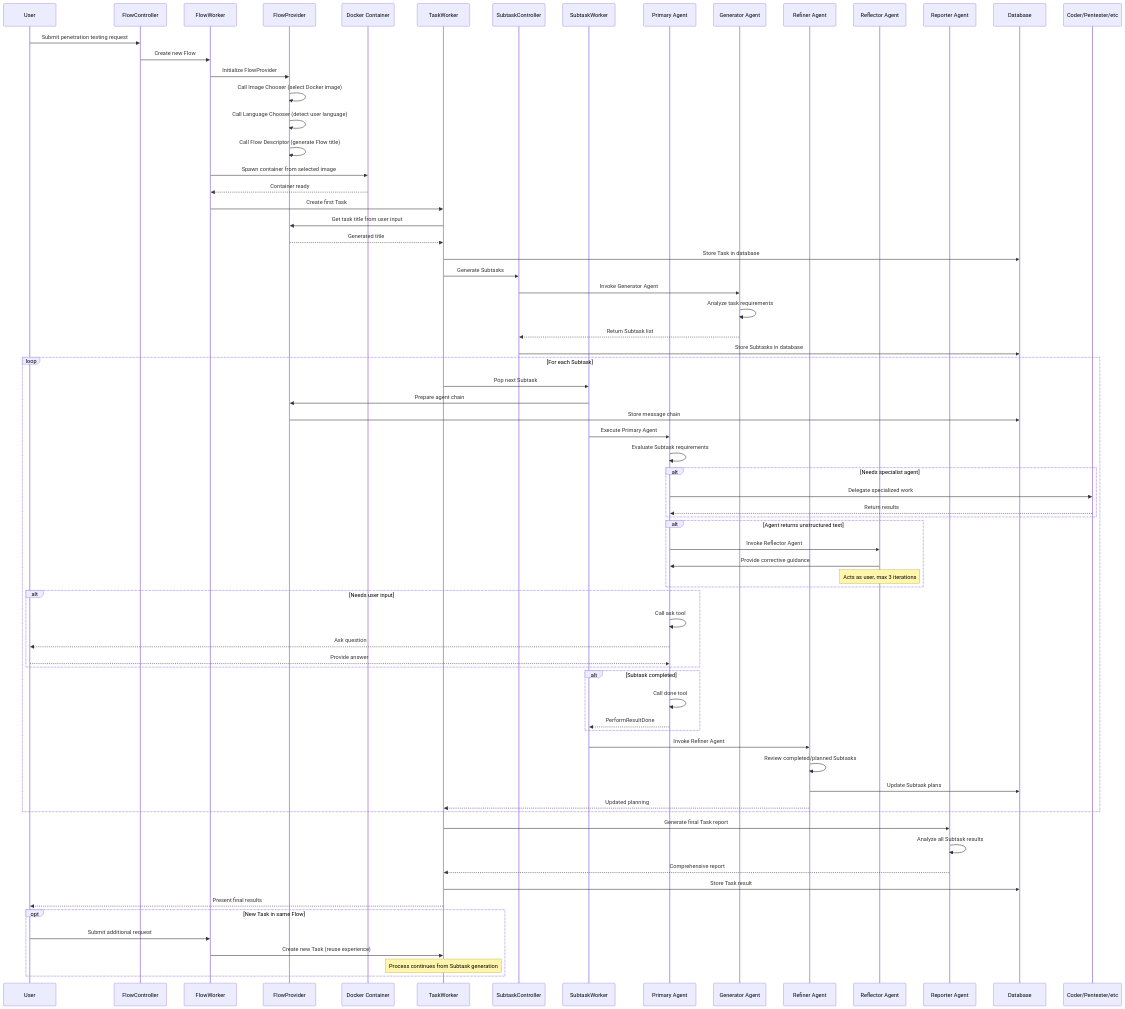
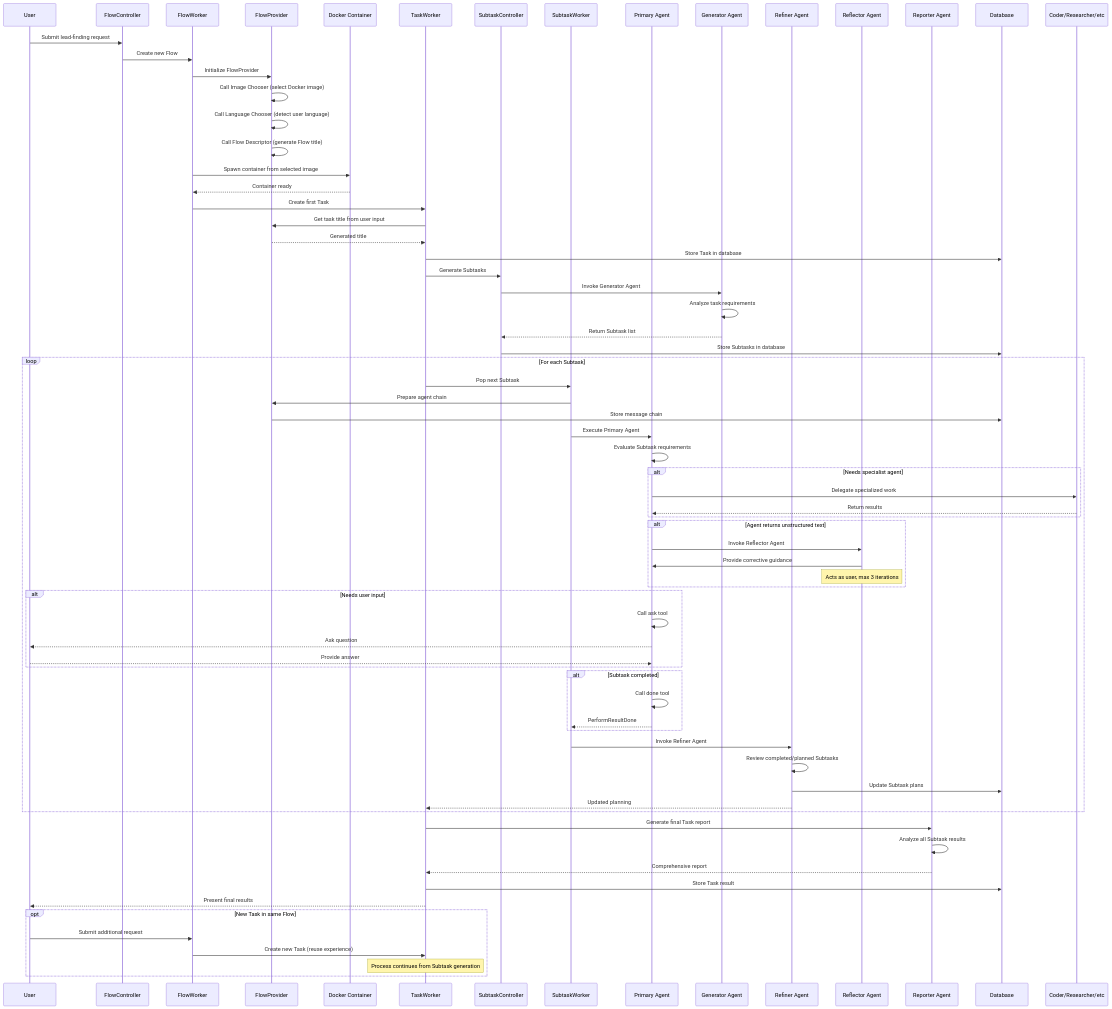
The first of 10 diagrams in backend/docs/flow_execution.md (827aaron/huoke-agi), drawn with Mermaid before and after one commit. The commit also changed other lines of this file and 16 other files, not shown here.

First line of the commit message:
Describe the agents and models in lead-finding terms

```diff
--- a/backend/docs/flow_execution.md
+++ b/backend/docs/flow_execution.md
@@ -109,7 +109,7 @@
     participant Rep as Reporter Agent
     participant DB as Database
 
-    U->>FC: Submit penetration testing request
+    U->>FC: Submit lead-finding request
     FC->>FW: Create new Flow
     FW->>FP: Initialize FlowProvider
     FP->>FP: Call Image Chooser (select Docker image)
@@ -136,8 +136,8 @@
         PA->>PA: Evaluate Subtask requirements
         
         alt Needs specialist agent
-            PA->>Coder/Pentester/etc: Delegate specialized work
-            Coder/Pentester/etc-->>PA: Return results
+            PA->>Coder/Researcher/etc: Delegate specialized work
+            Coder/Researcher/etc-->>PA: Return results
         end
         
         alt Agent returns unstructured text
```
